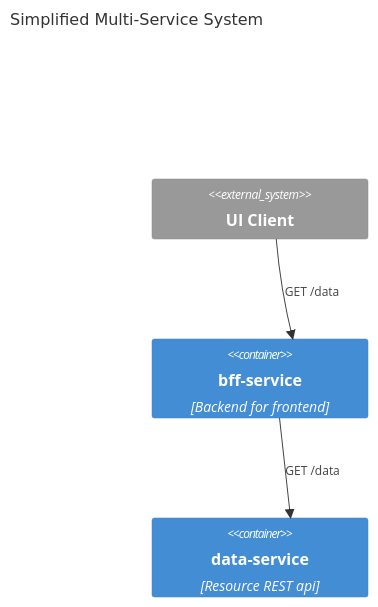
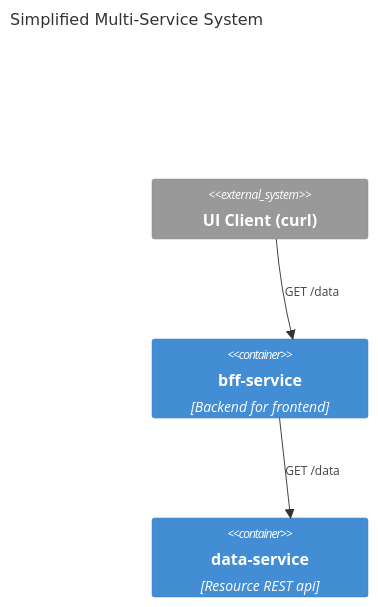
Before and after one commit to hombredequeso/k8-istio-intro: the diagram in README.md, drawn with Mermaid. The commit also changed other lines of this file, not shown here.

````diff
--- a/README.md
+++ b/README.md
@@ -18,13 +33,13 @@
 ```mermaid
 C4Container
     title Simplified Multi-Service System
 
-    System_Ext(ui_client, "UI Client")
+    System_Ext(ui_client, "UI Client (curl)")
     Container(bff_api, "bff-service", "Backend for frontend")
     Container(backend_api, "data-service", "Resource REST api")
  
  
     Rel( bff_api,backend_api, "GET /data")    
     Rel( ui_client,bff_api, "GET /data")
     UpdateLayoutConfig($c4ShapeInRow="1")
 ```
````
